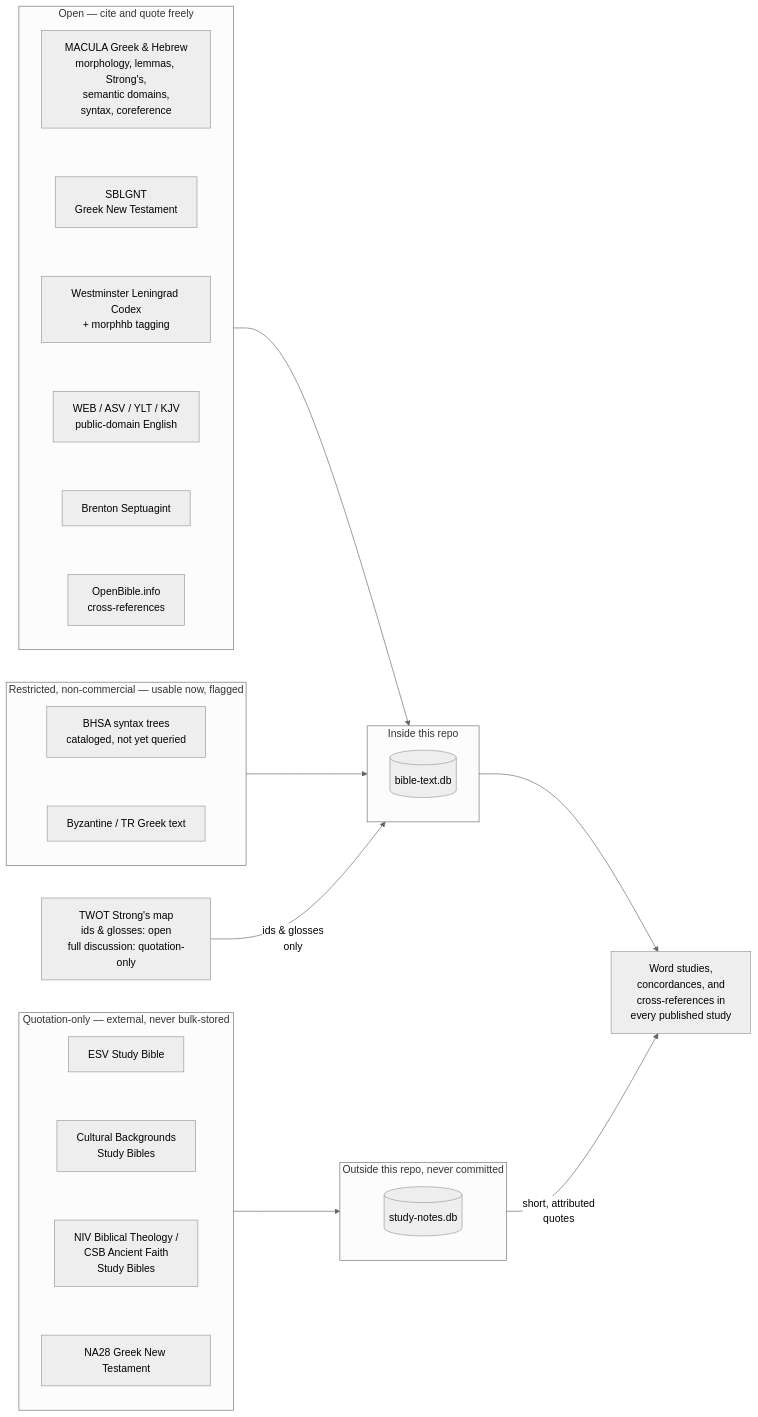
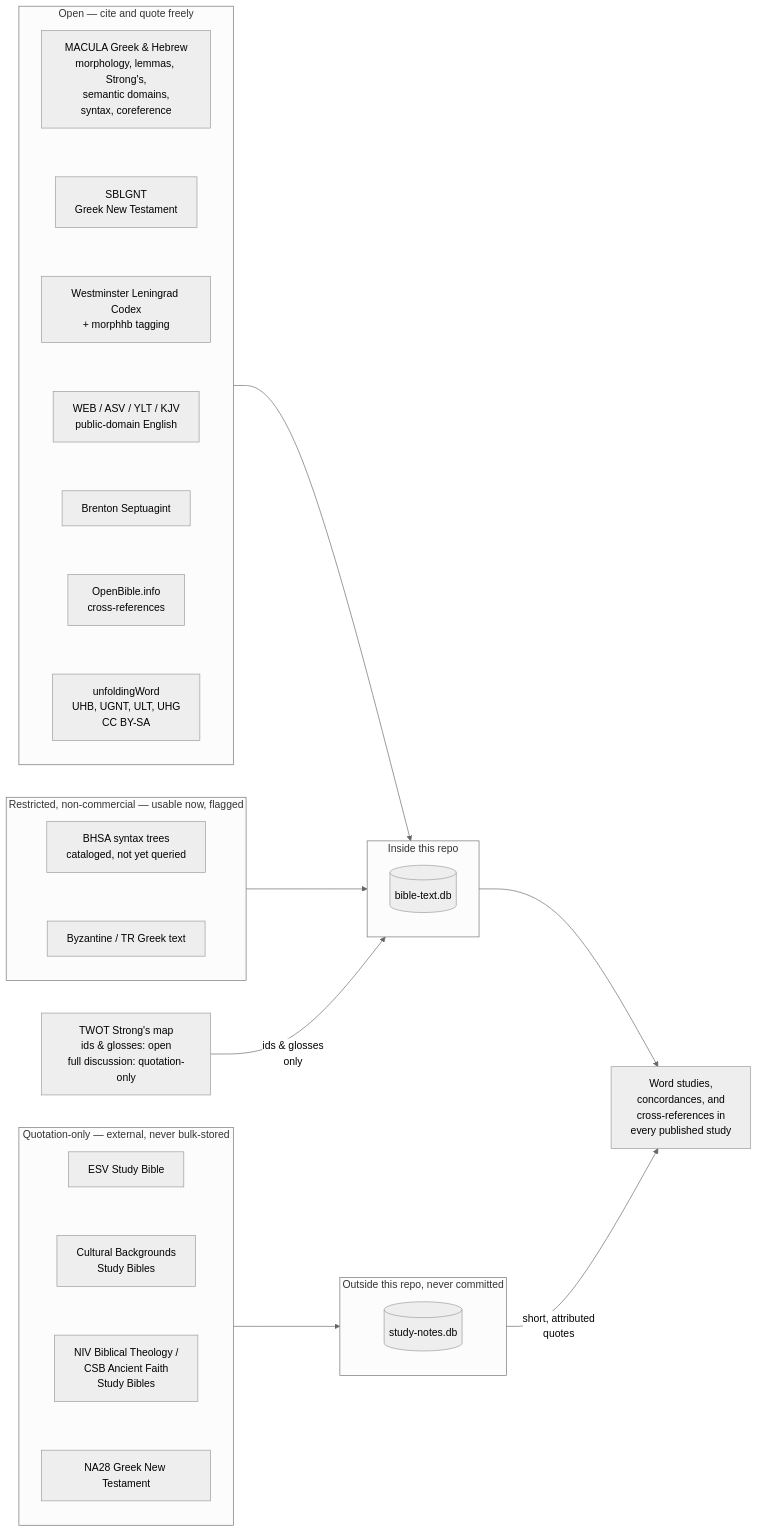
One commit to ding0t/bible_studies changed the diagram in docs/content/about/about-our-datasets.md. Above: the diagram before and after it, drawn with Mermaid (neutral theme). The commit also changed 14 other files, not shown here.

First line of the commit message:
feat(references): bring in the four unfoldingWord sources and wire them through

````diff
--- a/docs/content/about/about-our-datasets.md
+++ b/docs/content/about/about-our-datasets.md
@@ -36,46 +36,47 @@
 ```mermaid
 flowchart LR
     subgraph open["Open — cite and quote freely"]
         direction TB
         macula["MACULA Greek & Hebrew<br/>morphology, lemmas, Strong's,<br/>semantic domains,<br/>syntax, coreference"]
         sblgnt["SBLGNT<br/>Greek New Testament"]
         wlc["Westminster Leningrad Codex<br/>+ morphhb tagging"]
         eng["WEB / ASV / YLT / KJV<br/>public-domain English"]
         lxx["Brenton Septuagint"]
         xref["OpenBible.info<br/>cross-references"]
-        macula ~~~ sblgnt ~~~ wlc ~~~ eng ~~~ lxx ~~~ xref
+        uw["unfoldingWord<br/>UHB, UGNT, ULT, UHG<br/>CC BY-SA"]
+        macula ~~~ sblgnt ~~~ wlc ~~~ eng ~~~ lxx ~~~ xref ~~~ uw
     end
 
     subgraph restricted["Restricted, non-commercial — usable now, flagged"]
         direction TB
         bhsa["BHSA syntax trees<br/>cataloged, not yet queried"]
         byz["Byzantine / TR Greek text"]
         bhsa ~~~ byz
     end
 
     twot["TWOT Strong's map<br/>ids & glosses: open<br/>full discussion: quotation-only"]
 
     subgraph quotation["Quotation-only — external, never bulk-stored"]
         direction TB
         esv["ESV Study Bible"]
         cbsb["Cultural Backgrounds<br/>Study Bibles"]
         biblt["NIV Biblical Theology /<br/>CSB Ancient Faith<br/>Study Bibles"]
         na28["NA28 Greek New Testament"]
         esv ~~~ cbsb ~~~ biblt ~~~ na28
     end
 
     subgraph inrepo["Inside this repo"]
         btdb[("bible-text.db")]
     end
     subgraph outrepo["Outside this repo, never committed"]
         sndb[("study-notes.db")]
     end
 
     open --> inrepo
     restricted --> inrepo
     twot -->|"ids & glosses<br/>only"| inrepo
     quotation --> outrepo
 
     inrepo --> output["Word studies,<br/>concordances, and<br/>cross-references in<br/>every published study"]
     outrepo -->|"short, attributed<br/>quotes"| output
 ```
````
